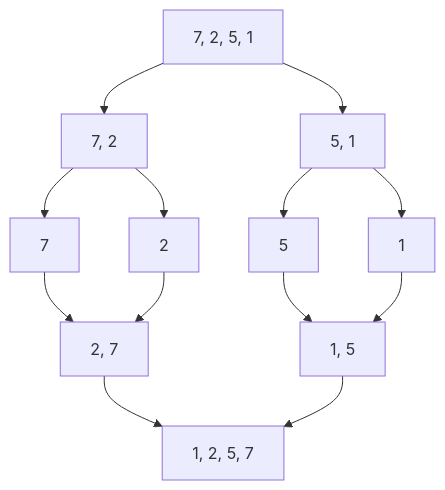
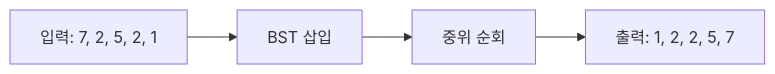
Before and after one commit to ramzz527/hw1-2026-SeminAhn: the fifth of 10 diagrams in report.md, drawn with Mermaid. The commit also changed other lines of this file and 11 other files, not shown here.

````diff
--- a/report.md
+++ b/report.md
@@ -103,15 +225,6 @@
 ```mermaid
-flowchart TD
-    A["7, 2, 5, 1"] --> B["7, 2"]
-    A --> C["5, 1"]
-    B --> D["7"]
-    B --> E["2"]
-    C --> F["5"]
-    C --> G["1"]
-    D --> H["2, 7"]
-    E --> H
-    F --> I["1, 5"]
-    G --> I
-    H --> J["1, 2, 5, 7"]
-    I --> J
+flowchart LR
+    A["입력: 7, 2, 5, 2, 1"] --> B["BST 삽입"]
+    B --> C["중위 순회"]
+    C --> D["출력: 1, 2, 2, 5, 7"]
 ```
````
